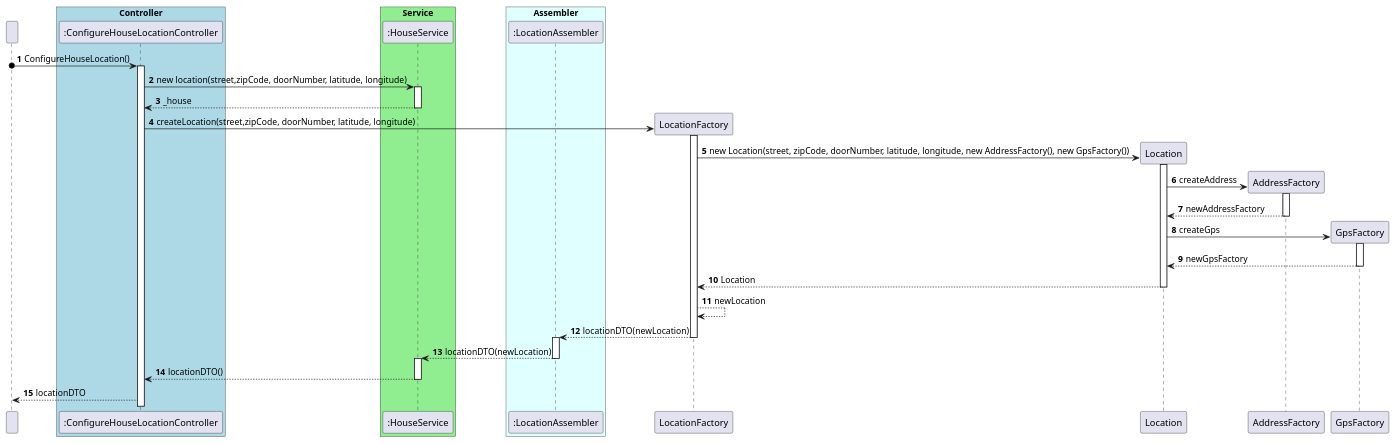
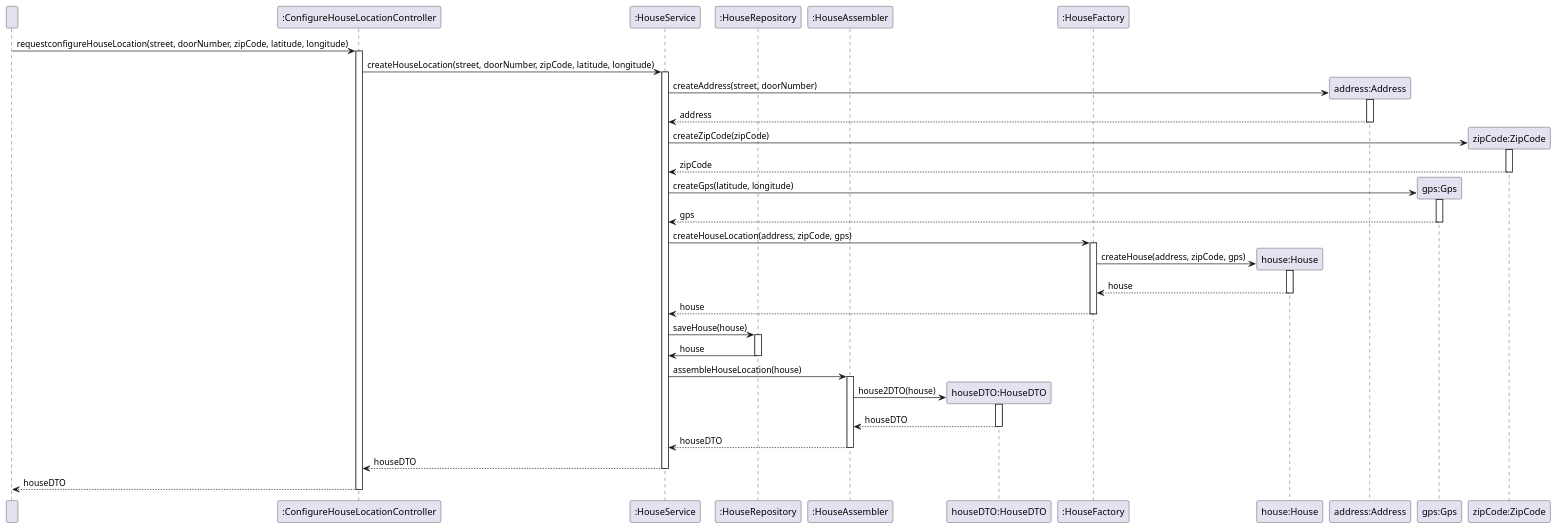
Before and after one commit to olivDiogo/SmartHome: the diagram in docs/ood/sequenceDiagram/US01configureHouseLocation.puml, drawn with PlantUML.

Commit message:
#142 [UPDATE] Sequence Diagram for US01.

```diff
--- a/docs/ood/sequenceDiagram/US01configureHouseLocation.puml
+++ b/docs/ood/sequenceDiagram/US01configureHouseLocation.puml
@@ -1,68 +1,66 @@
 @startuml
 
 participant " "
-box "Controller" #LightBlue
 participant ":ConfigureHouseLocationController" as ConfigureHouseLocationController
-end box
-box "Service" #LightGreen
+
 participant ":HouseService" as Service
-end box
-box "Assembler" #LightCyan
-participant ":LocationAssembler" as Assembler
-end box
+participant ":HouseRepository" as Repository
+participant ":HouseAssembler" as Assembler
+participant "houseDTO:HouseDTO" as DTO
+participant ":HouseFactory" as Factory
+participant "house:House" as House
+participant "address:Address" as Address
+participant "gps:Gps" as Gps
+participant "zipCode:ZipCode" as ZipCode
 
-autonumber
-" " o-> ConfigureHouseLocationController : ConfigureHouseLocation()
-
-activate "ConfigureHouseLocationController"
-
-ConfigureHouseLocationController -> "Service" : new location(street,zipCode, doorNumber, latitude, longitude)
-activate "Service"
-Service --> "ConfigureHouseLocationController" : _house
-deactivate "Service"
-create LocationFactory
-"ConfigureHouseLocationController" -> "LocationFactory" : createLocation(street,zipCode, doorNumber, latitude, longitude)
-create Location
-activate "LocationFactory"
-"LocationFactory" -> "Location" : new Location(street, zipCode, doorNumber, latitude, longitude, new AddressFactory(), new GpsFactory())
-
-activate "Location"
-create AddressFactory
-Location -> "AddressFactory" : createAddress
-activate "AddressFactory"
-"AddressFactory" --> "Location" : newAddressFactory
-deactivate "AddressFactory"
-create GpsFactory
-Location -> "GpsFactory" : createGps
-activate "GpsFactory"
-"GpsFactory" --> "Location" : newGpsFactory
-deactivate "GpsFactory"
-Location --> "LocationFactory" : Location
-deactivate "Location"
-"LocationFactory" --> "LocationFactory" : newLocation
-"LocationFactory" --> "Assembler" : locationDTO(newLocation)
-deactivate "LocationFactory"
-activate Assembler
-
-"Assembler" --> "Service" : locationDTO(newLocation)
-deactivate Assembler
-activate "Service"
-"Service" --> "ConfigureHouseLocationController" : locationDTO()
-deactivate Service
-ConfigureHouseLocationController --> " " : locationDTO
+" " -> ConfigureHouseLocationController : requestconfigureHouseLocation(street, doorNumber, zipCode, latitude, longitude)
+activate ConfigureHouseLocationController
+ConfigureHouseLocationController -> Service : createHouseLocation(street, doorNumber, zipCode, latitude, longitude)
+activate Service
+create Address
+Service -> Address: createAddress(street, doorNumber)
+activate Address
+Address --> Service: address
+deactivate Address
+create ZipCode
+Service -> ZipCode: createZipCode(zipCode)
+activate ZipCode
+ZipCode --> Service: zipCode
+deactivate ZipCode
+create Gps
+Service -> Gps: createGps(latitude, longitude)
+activate Gps
+Gps --> Service: gps
+deactivate Gps
 
 
+Service -> Factory : createHouseLocation(address, zipCode, gps)
+activate Factory
+create House
+Factory -> House: createHouse(address, zipCode, gps)
+activate House
+House --> Factory: house
+deactivate House
+Factory --> Service: house
+deactivate Factory
+Service -> Repository : saveHouse(house)
+activate Repository
+Repository -> Service : house
+deactivate Repository
 
 
-
-
-
-
-
-
-
-
-
-
+Service -> Assembler : assembleHouseLocation(house)
+activate Assembler
+create DTO
+Assembler -> DTO : house2DTO(house)
+activate DTO
+DTO --> Assembler : houseDTO
+deactivate DTO
+Assembler --> Service : houseDTO
+deactivate Assembler
+Service --> ConfigureHouseLocationController : houseDTO
+deactivate Service
+" " <-- ConfigureHouseLocationController : houseDTO
+deactivate ConfigureHouseLocationController
 
 @enduml
```
